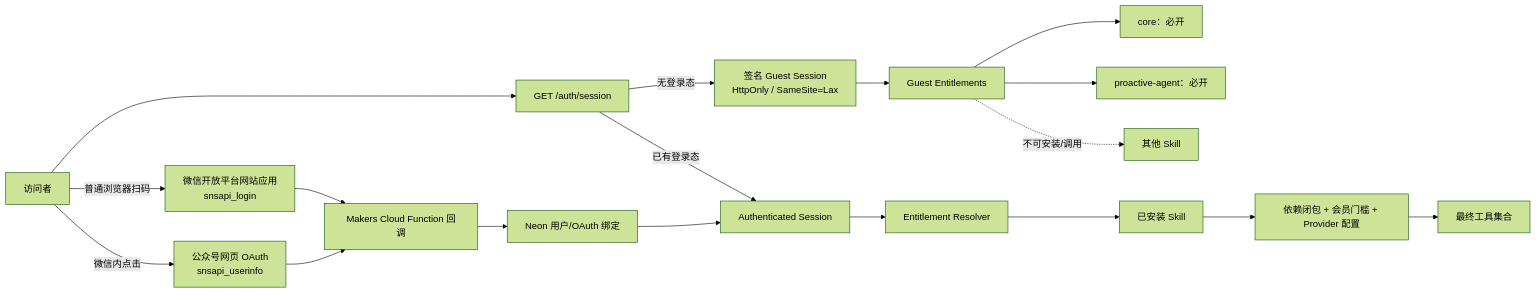
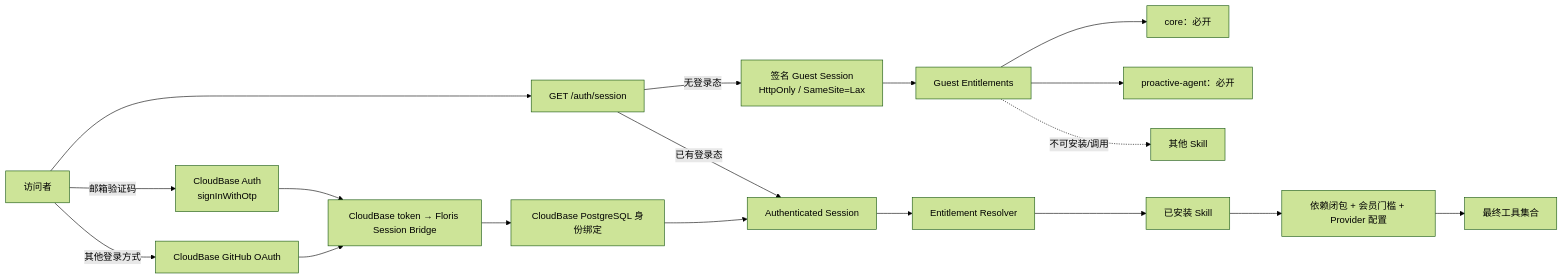
The fourth of 7 diagrams in ARCHITECTURE_PLAN.md (wangjr20210114-hue/-ai-), drawn with Mermaid (forest theme) before and after one commit. The commit also changed other lines of this file and 32 other files, not shown here.

Commit message:
feat(auth): add CloudBase email and GitHub login

````diff
--- a/ARCHITECTURE_PLAN.md
+++ b/ARCHITECTURE_PLAN.md
@@ -248,22 +248,22 @@
 ```mermaid
 flowchart LR
     V["访问者"] --> S["GET /auth/session"]
     S -->|"无登录态"| G["签名 Guest Session<br/>HttpOnly / SameSite=Lax"]
     S -->|"已有登录态"| A["Authenticated Session"]
-    V -->|"普通浏览器扫码"| W["微信开放平台网站应用<br/>snsapi_login"]
-    V -->|"微信内点击"| WX["公众号网页 OAuth<br/>snsapi_userinfo"]
-    W --> CF["Makers Cloud Function 回调"]
+    V -->|"邮箱验证码"| W["CloudBase Auth<br/>signInWithOtp"]
+    V -->|"其他登录方式"| WX["CloudBase GitHub OAuth"]
+    W --> CF["CloudBase token → Floris Session Bridge"]
     WX --> CF
-    CF --> DB["Neon 用户/OAuth 绑定"]
+    CF --> DB["CloudBase PostgreSQL 身份绑定"]
     DB --> A
 
     G --> GE["Guest Entitlements"]
     GE --> C1["core：必开"]
     GE --> C2["proactive-agent：必开"]
     GE -. "不可安装/调用" .-> O["其他 Skill"]
 
     A --> E["Entitlement Resolver"]
     E --> I["已安装 Skill"]
     I --> D["依赖闭包 + 会员门槛 + Provider 配置"]
     D --> T["最终工具集合"]
 ```
````
